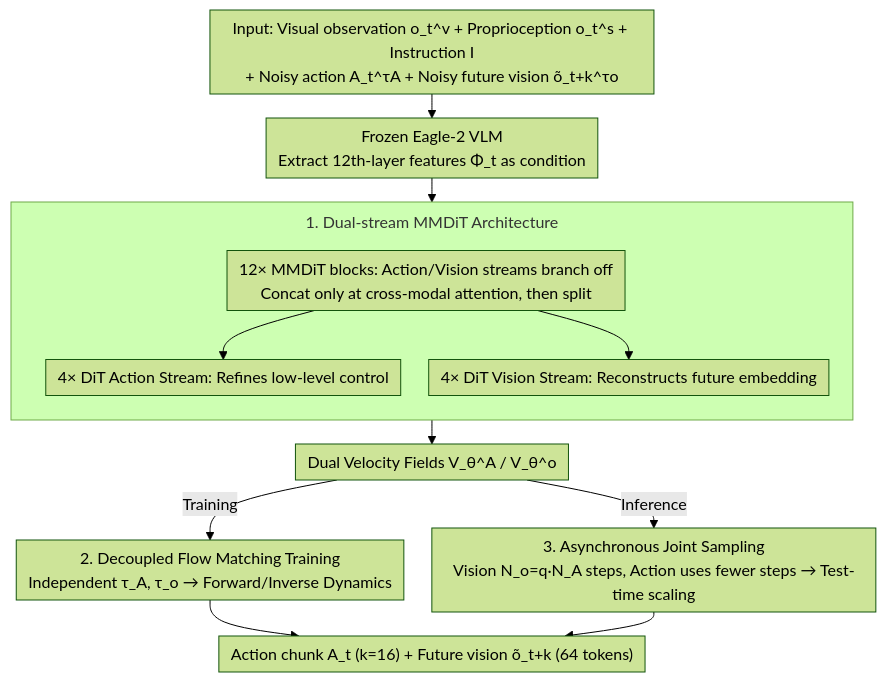
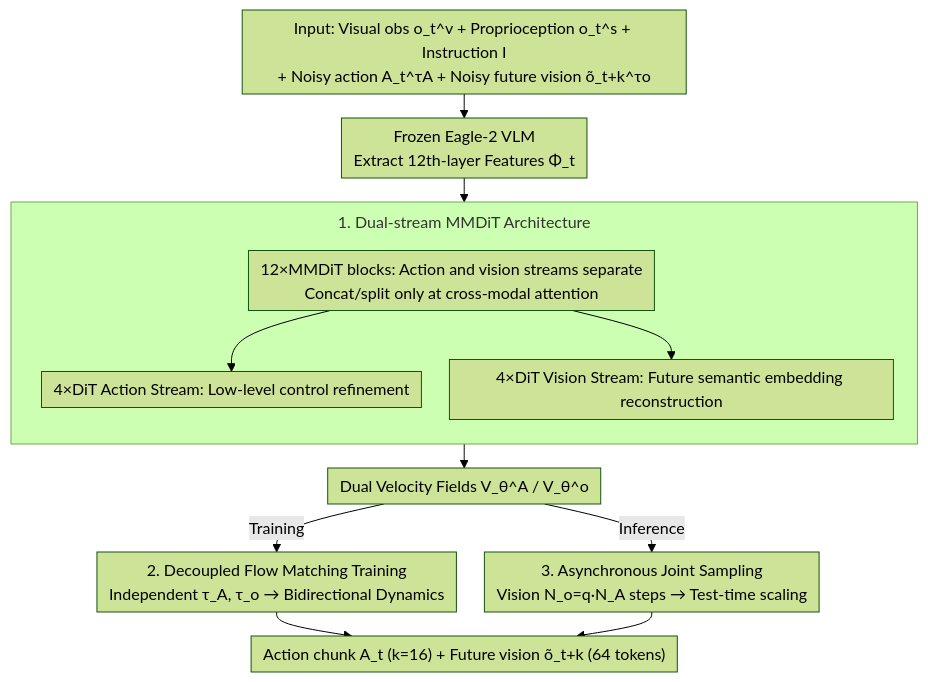
The diagram in docs/ICML2026/robotics/dual-stream_diffusion_for_world-model_augmented_vision-language-action_model.md (zhaoyang97/Paper-Notes-en), drawn with Mermaid (forest theme) before and after one commit. The commit also changed other lines of this file and 5084 other files, not shown here.

````diff
--- a/docs/ICML2026/robotics/dual-stream_diffusion_for_world-model_augmented_vision-language-action_model.md
+++ b/docs/ICML2026/robotics/dual-stream_diffusion_for_world-model_augmented_vision-language-action_model.md
@@ -51,17 +51,17 @@
 ```mermaid
 %%{init: {'flowchart': {'rankSpacing': 24, 'nodeSpacing': 28, 'padding': 6, 'wrappingWidth': 420, 'subGraphTitleMargin': {'top': 8, 'bottom': 16}}}}%%
 flowchart TD
-    I["Input: Visual observation o_t^v + Proprioception o_t^s + Instruction I<br/>+ Noisy action A_t^τA + Noisy future vision õ_t+k^τo"] --> VLM["Frozen Eagle-2 VLM<br/>Extract 12th-layer features Φ_t as condition"]
+    I["Input: Visual obs o_t^v + Proprioception o_t^s + Instruction I<br/>+ Noisy action A_t^τA + Noisy future vision õ_t+k^τo"] --> VLM["Frozen Eagle-2 VLM<br/>Extract 12th-layer Features Φ_t"]
     VLM --> ARCH
     subgraph ARCH["1. Dual-stream MMDiT Architecture"]
         direction TB
-        MM["12× MMDiT blocks: Action/Vision streams branch off<br/>Concat only at cross-modal attention, then split"]
-        MM --> DA["4× DiT Action Stream: Refines low-level control"]
-        MM --> DV["4× DiT Vision Stream: Reconstructs future embedding"]
+        MM["12×MMDiT blocks: Action and vision streams separate<br/>Concat/split only at cross-modal attention"]
+        MM --> DA["4×DiT Action Stream: Low-level control refinement"]
+        MM --> DV["4×DiT Vision Stream: Future semantic embedding reconstruction"]
     end
     ARCH --> TWO["Dual Velocity Fields V_θ^A / V_θ^o"]
-    TWO -->|Training| TRAIN["2. Decoupled Flow Matching Training<br/>Independent τ_A, τ_o → Forward/Inverse Dynamics"]
-    TWO -->|Inference| SAMPLE["3. Asynchronous Joint Sampling<br/>Vision N_o=q·N_A steps, Action uses fewer steps → Test-time scaling"]
+    TWO -->|Training| TRAIN["2. Decoupled Flow Matching Training<br/>Independent τ_A, τ_o → Bidirectional Dynamics"]
+    TWO -->|Inference| SAMPLE["3. Asynchronous Joint Sampling<br/>Vision N_o=q·N_A steps → Test-time scaling"]
     TRAIN --> OUT["Action chunk A_t (k=16) + Future vision õ_t+k (64 tokens)"]
     SAMPLE --> OUT
 ```
````
